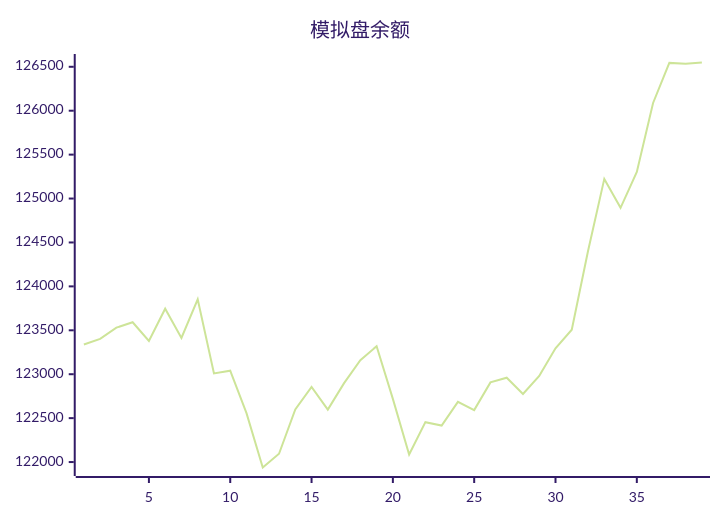
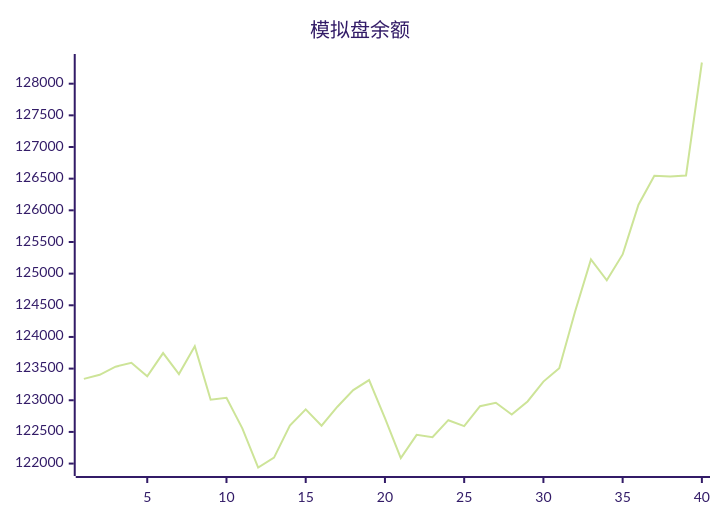
One commit to aahl/mcp-aktools changed the diagram in trading/README.md. Above: the diagram before and after it, drawn with Mermaid (forest theme). The commit also changed 1 other file, not shown here.

Commit message:
📈 Auto Trading Result

````diff
--- a/trading/README.md
+++ b/trading/README.md
@@ -3,5 +3,5 @@
 ```mermaid
 xychart
     title "模拟盘余额"
-    line [123337.9,123402.4,123530.3,123591.6,123377.9,123745.3,123413.3,123853.1,123009.4,123039.8,122557.0,121938.0,122094.6,122599.0,122856.1,122597.3,122898.1,123160.2,123318.8,122719.1,122086.7,122454.1,122415.9,122685.2,122591.9,122906.8,122960.7,122775.6,122980.9,123294.6,123507.0,124402.7,125223.7,124894.0,125303.1,126088.0,126544.5,126533.9,126548.8]
+    line [123337.9,123402.4,123530.3,123591.6,123377.9,123745.3,123413.3,123853.1,123009.4,123039.8,122557.0,121938.0,122094.6,122599.0,122856.1,122597.3,122898.1,123160.2,123318.8,122719.1,122086.7,122454.1,122415.9,122685.2,122591.9,122906.8,122960.7,122775.6,122980.9,123294.6,123507.0,124402.7,125223.7,124894.0,125303.1,126088.0,126544.5,126533.9,126548.8,128334.7]
 ```
````
